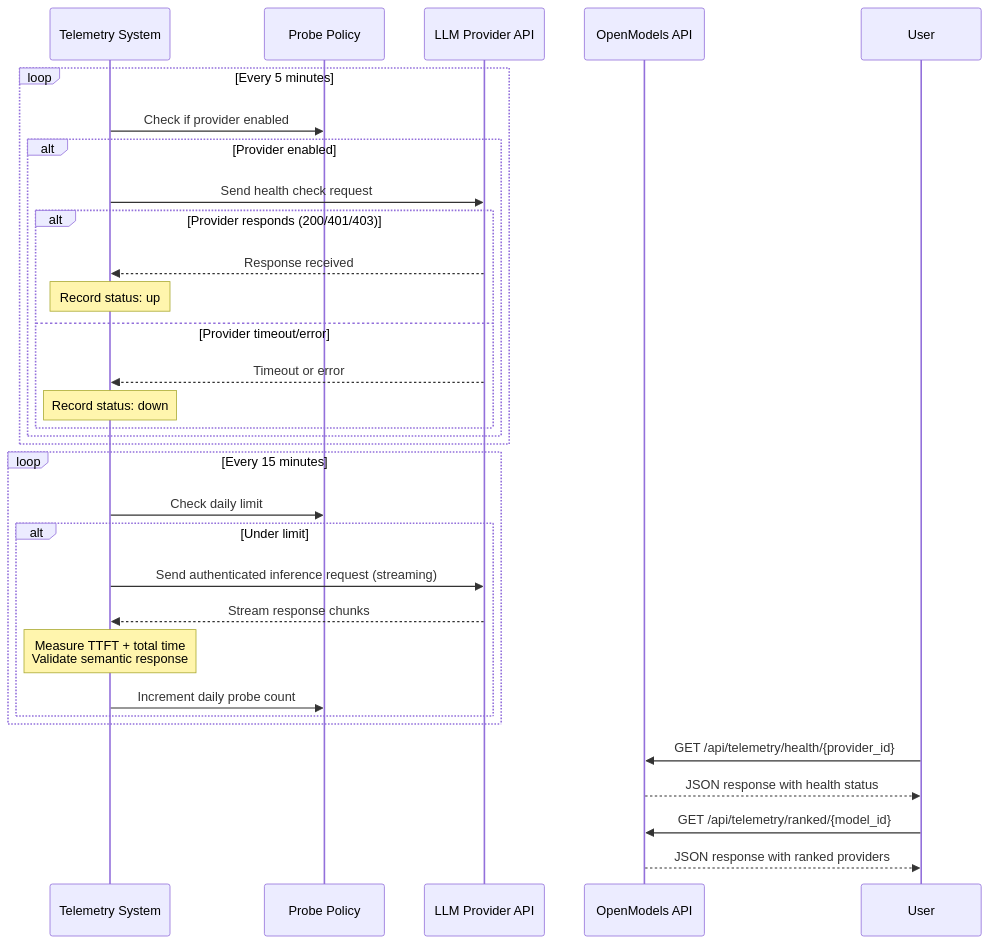
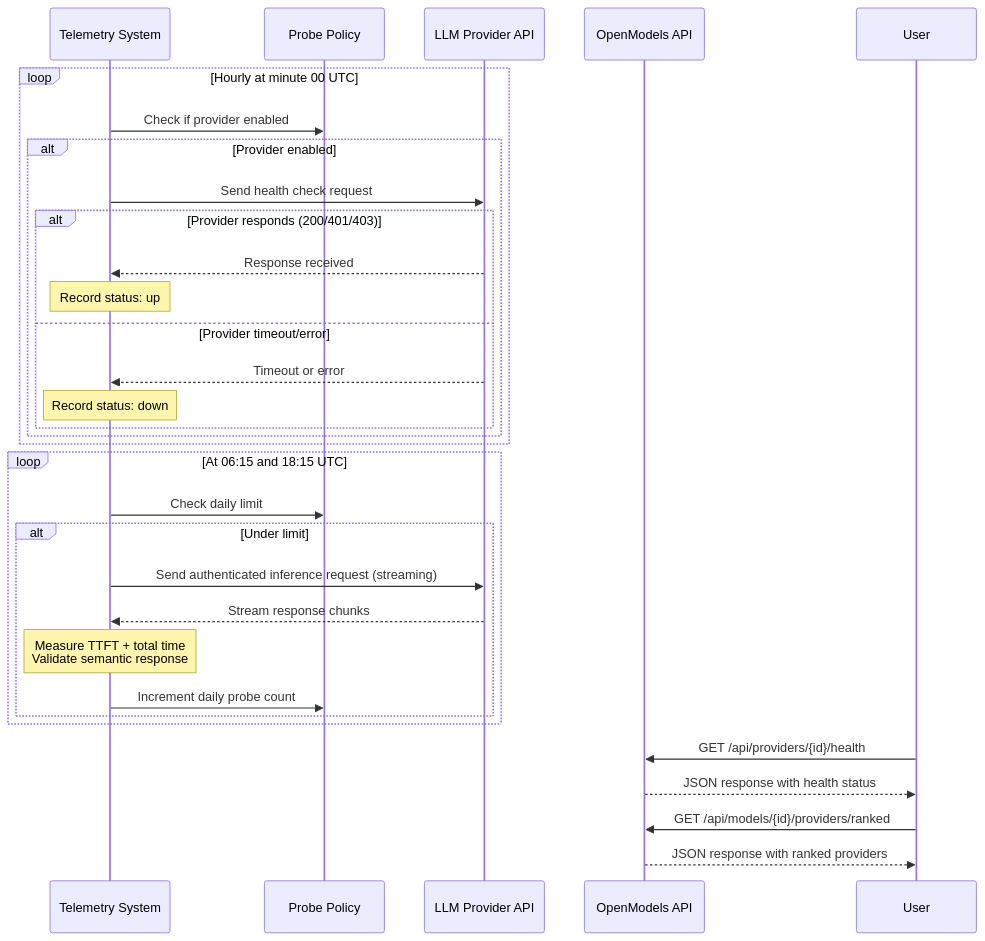
One commit to openmodelsrun/docs changed the third of 4 diagrams in content/architecture/data-flow.mdx. Above: the diagram before and after it, drawn with Mermaid. The commit also changed other lines of this file and 13 other files, not shown here.

````diff
--- a/content/architecture/data-flow.mdx
+++ b/content/architecture/data-flow.mdx
@@ -79,38 +79,38 @@
 ```mermaid
 sequenceDiagram
     participant Telemetry as Telemetry System
     participant Policy as Probe Policy
     participant Provider as LLM Provider API
     participant API as OpenModels API
     participant User
 
-    loop Every 5 minutes
+    loop Hourly at minute 00 UTC
         Telemetry->>Policy: Check if provider enabled
         alt Provider enabled
             Telemetry->>Provider: Send health check request
             alt Provider responds (200/401/403)
                 Provider-->>Telemetry: Response received
                 Note over Telemetry: Record status: up
             else Provider timeout/error
                 Provider-->>Telemetry: Timeout or error
                 Note over Telemetry: Record status: down
             end
         end
     end
 
-    loop Every 15 minutes
+    loop At 06:15 and 18:15 UTC
         Telemetry->>Policy: Check daily limit
         alt Under limit
             Telemetry->>Provider: Send authenticated inference request (streaming)
             Provider-->>Telemetry: Stream response chunks
             Note over Telemetry: Measure TTFT + total time<br/>Validate semantic response
             Telemetry->>Policy: Increment daily probe count
         end
     end
 
-    User->>API: GET /api/telemetry/health/{provider_id}
+    User->>API: GET /api/providers/{id}/health
     API-->>User: JSON response with health status
 
-    User->>API: GET /api/telemetry/ranked/{model_id}
+    User->>API: GET /api/models/{id}/providers/ranked
     API-->>User: JSON response with ranked providers
 ```
````
